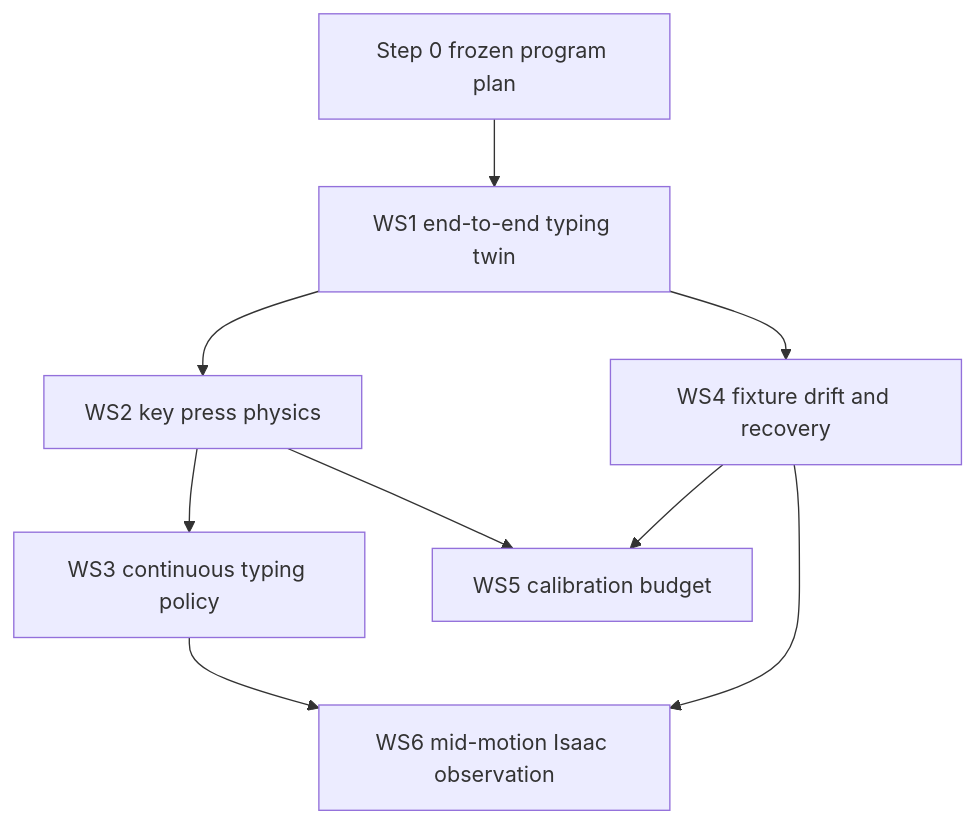
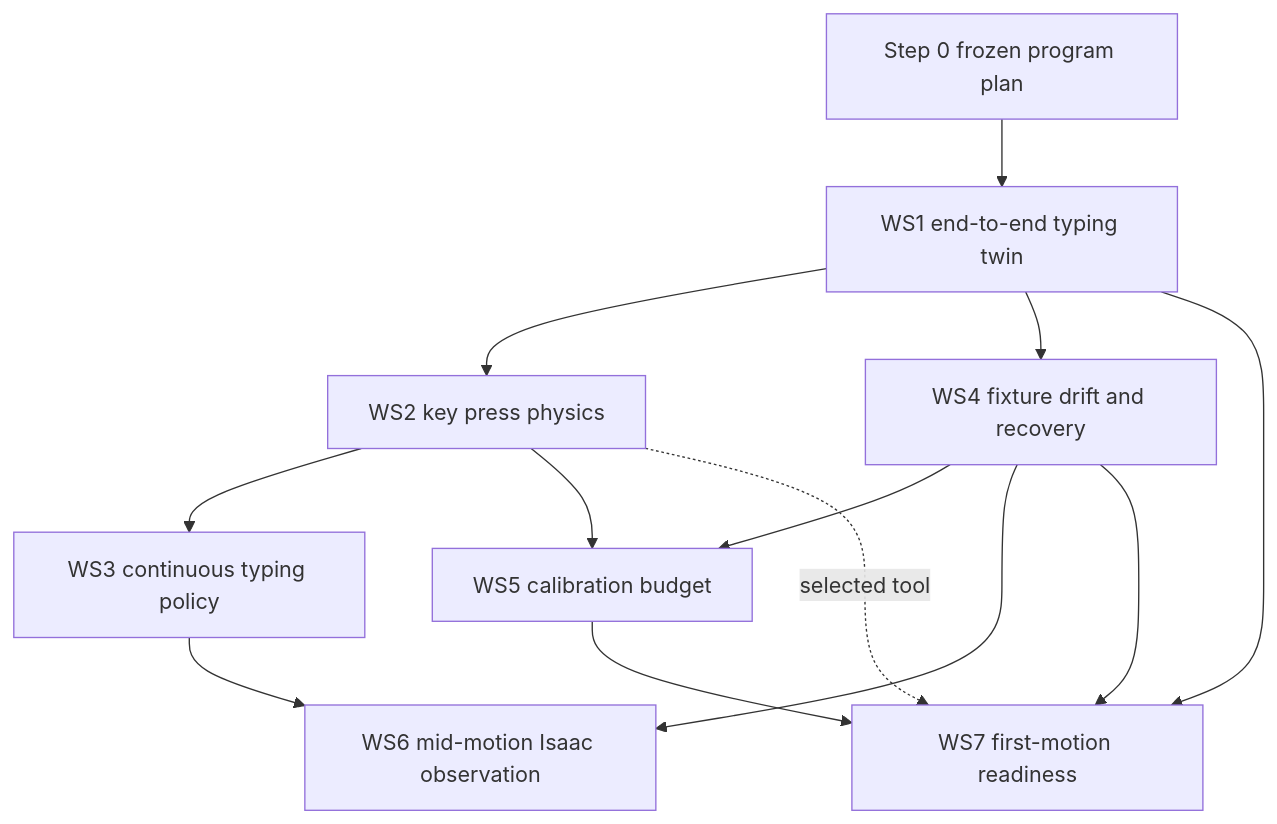
One commit to j-webtek/tactevra changed the diagram in software/docs/SIMULATION_PROGRAM_PLAN.md. Above: the diagram before and after it, drawn with Mermaid. The commit also changed other lines of this file, not shown here.

Commit message:
docs: add first-motion readiness workstream

````diff
--- a/software/docs/SIMULATION_PROGRAM_PLAN.md
+++ b/software/docs/SIMULATION_PROGRAM_PLAN.md
@@ -95,11 +95,15 @@
 ```mermaid
 flowchart TD
     P[Step 0 frozen program plan] --> W1[WS1 end-to-end typing twin]
     W1 --> W2[WS2 key press physics]
     W1 --> W4[WS4 fixture drift and recovery]
     W2 --> W3[WS3 continuous typing policy]
     W2 --> W5[WS5 calibration budget]
     W4 --> W5
     W3 --> W6[WS6 mid-motion Isaac observation]
     W4 --> W6
+    W1 --> W7[WS7 first-motion readiness]
+    W4 --> W7
+    W5 --> W7
+    W2 -. selected tool .-> W7
 ```
````
